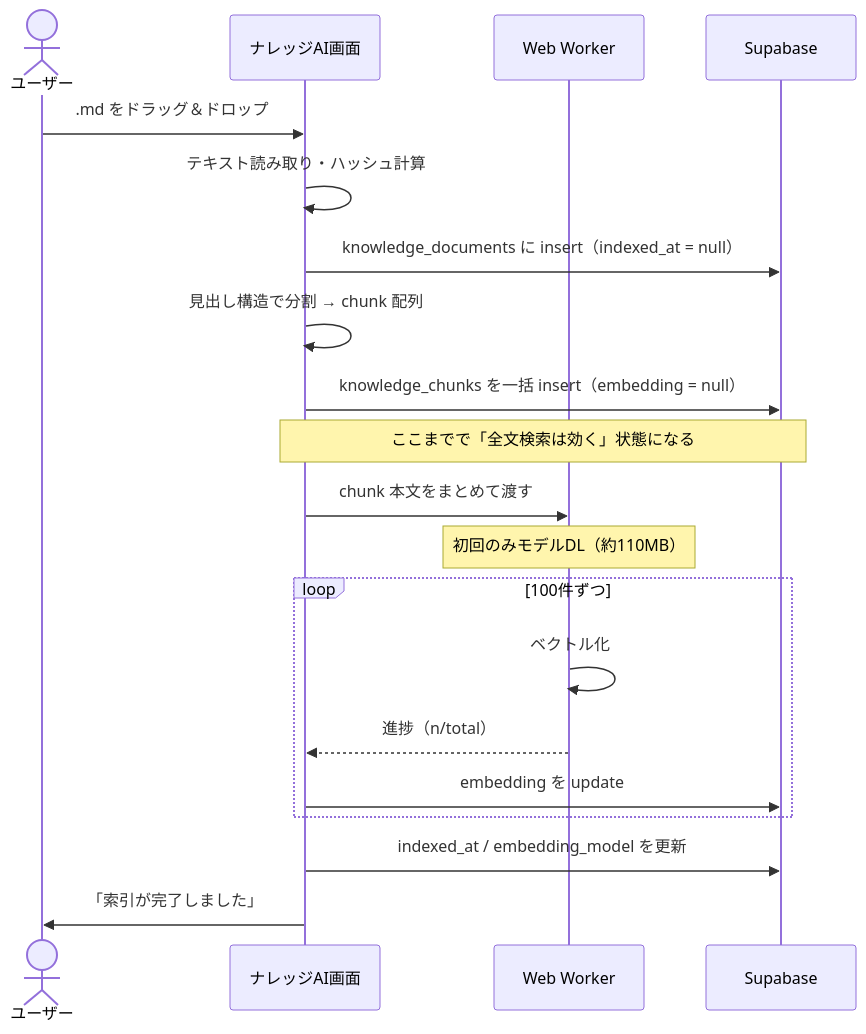
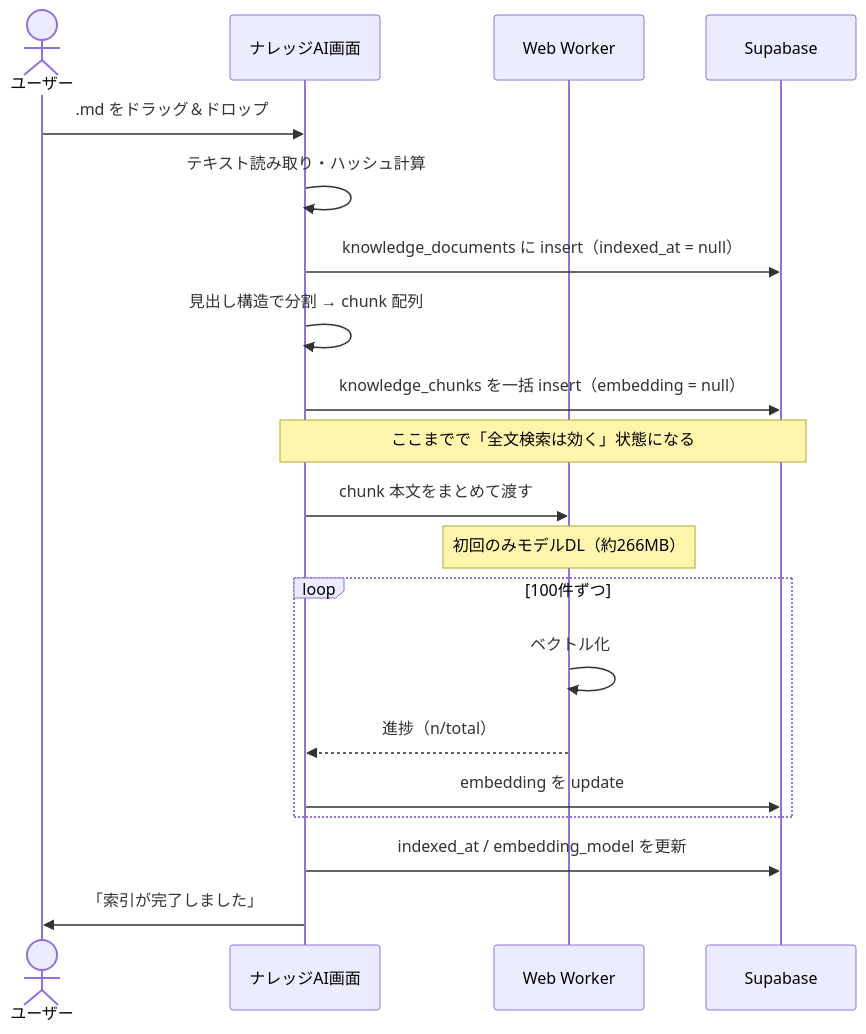
Before and after one commit to MeeceM-Mizoguchi/dev-ticket: the second of 2 diagrams in docs/knowledge-ai-design.md, drawn with Mermaid. The commit also changed other lines of this file and 2 other files, not shown here.

````diff
--- a/docs/knowledge-ai-design.md
+++ b/docs/knowledge-ai-design.md
@@ -264,24 +264,24 @@
 ```mermaid
 sequenceDiagram
     actor U as ユーザー
     participant UI as ナレッジAI画面
     participant W as Web Worker
     participant DB as Supabase
 
     U->>UI: .md をドラッグ＆ドロップ
     UI->>UI: テキスト読み取り・ハッシュ計算
     UI->>DB: knowledge_documents に insert（indexed_at = null）
     UI->>UI: 見出し構造で分割 → chunk 配列
     UI->>DB: knowledge_chunks を一括 insert（embedding = null）
     Note over UI,DB: ここまでで「全文検索は効く」状態になる
 
     UI->>W: chunk 本文をまとめて渡す
-    Note over W: 初回のみモデルDL（約110MB）
+    Note over W: 初回のみモデルDL（約266MB）
     loop 100件ずつ
         W->>W: ベクトル化
         W-->>UI: 進捗（n/total）
         UI->>DB: embedding を update
     end
     UI->>DB: indexed_at / embedding_model を更新
     UI->>U: 「索引が完了しました」
 ```
````
